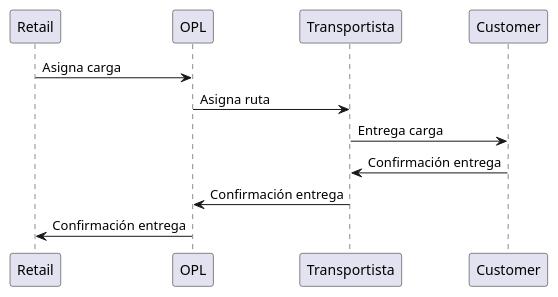
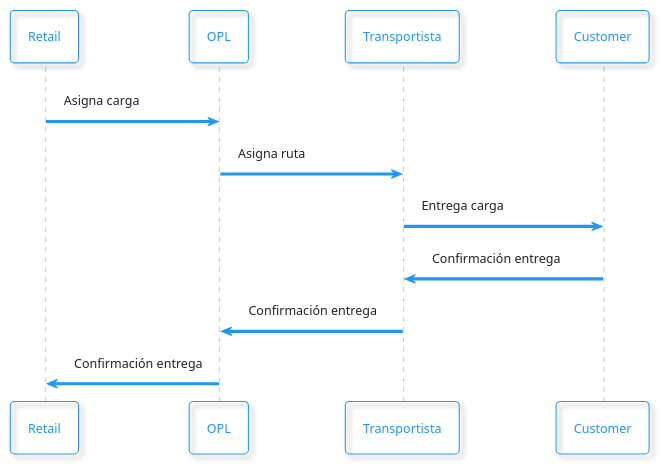
Before and after one commit to ubomagisterinformatica/carrier_assignment_system: the diagram in diagrams/sequence/sequence_load_flow.plantuml, drawn with PlantUML. The commit also changed 16 other files, not shown here.

Commit message:
"diagramas folder was renamed to "diagrams"

```diff
--- a/diagrams/sequence/sequence_load_flow.plantuml
+++ b/diagrams/sequence/sequence_load_flow.plantuml
@@ -1,8 +1,9 @@
 @startuml
+!theme materia-outline
 Retail -> OPL : Asigna carga
 OPL -> Transportista : Asigna ruta
 Transportista -> Customer : Entrega carga
 Customer -> Transportista : Confirmación entrega
 Transportista -> OPL : Confirmación entrega
 OPL -> Retail : Confirmación entrega
 @enduml
```
